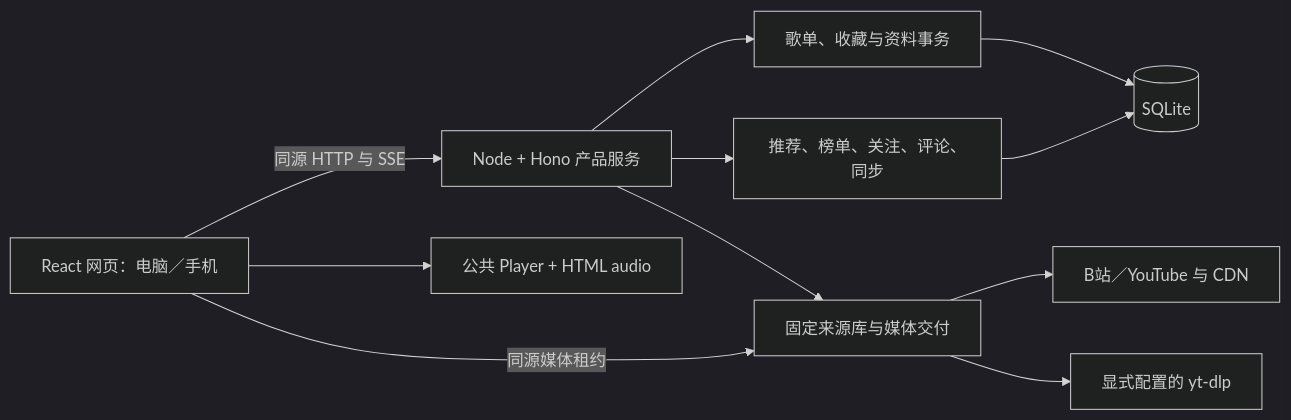
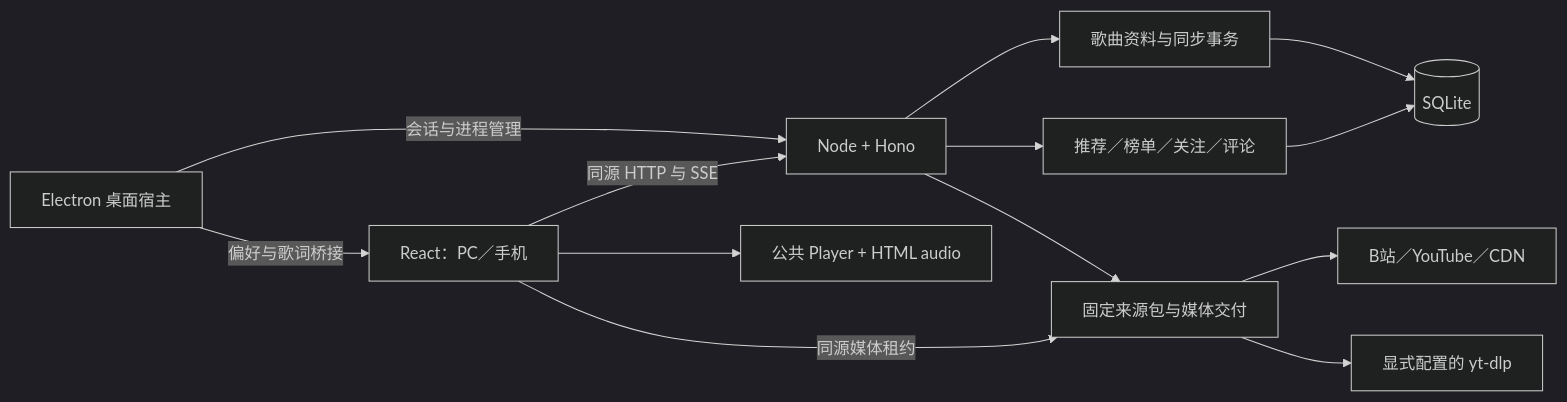
The diagram in docs/开发/架构与数据.md (xiaoxiaosu25/slowtune), drawn with Mermaid (dark theme) before and after one commit. The commit also changed other lines of this file and 14 other files, not shown here.

````diff
--- a/docs/开发/架构与数据.md
+++ b/docs/开发/架构与数据.md
@@ -7,13 +9,15 @@
 ```mermaid
 flowchart LR
-  UI[React 网页：电脑／手机] -->|同源 HTTP 与 SSE| Host[Node + Hono 产品服务]
-  Host --> Library[歌单、收藏与资料事务]
-  Host --> Product[推荐、榜单、关注、评论、同步]
-  Host --> Sources[固定来源库与媒体交付]
+  Desktop[Electron 桌面宿主] -->|会话与进程管理| Host[Node + Hono]
+  Desktop -->|偏好与歌词桥接| UI[React：PC／手机]
+  UI -->|同源 HTTP 与 SSE| Host
+  Host --> Library[歌曲资料与同步事务]
+  Host --> Product[推荐／榜单／关注／评论]
+  Host --> Sources[固定来源包与媒体交付]
   Library --> DB[(SQLite)]
   Product --> DB
-  Sources --> Upstream[B站／YouTube 与 CDN]
+  Sources --> Upstream[B站／YouTube／CDN]
   Sources --> Tool[显式配置的 yt-dlp]
   UI -->|同源媒体租约| Sources
   UI --> Audio[公共 Player + HTML audio]
 ```
````
